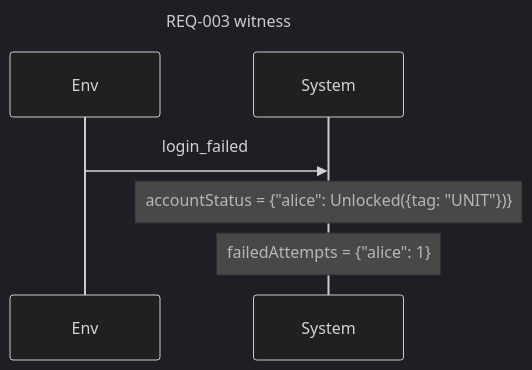
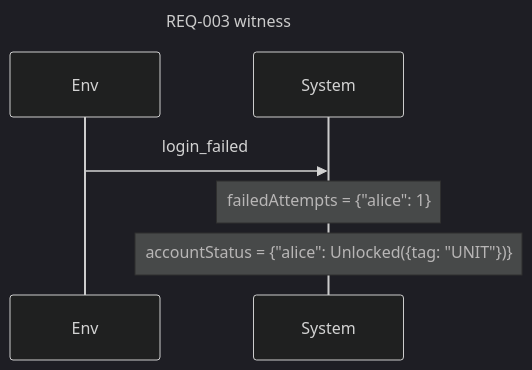
One commit to AlesKracik/quintessence changed the third of 8 diagrams in examples/specs/auth.readback.md. Above: the diagram before and after it, drawn with Mermaid (dark theme). The commit also changed other lines of this file and 60 other files, not shown here.

````diff
--- a/examples/specs/auth.readback.md
+++ b/examples/specs/auth.readback.md
@@ -286,9 +287,9 @@
 ```mermaid
 sequenceDiagram
     title REQ-003 witness
     participant E as Env
     participant S as System
     E->>S: login_failed
+    Note over S: failedAttempts = {"alice": 1}
     Note over S: accountStatus = {"alice": Unlocked({tag: "UNIT"})}
-    Note over S: failedAttempts = {"alice": 1}
 ```
````
